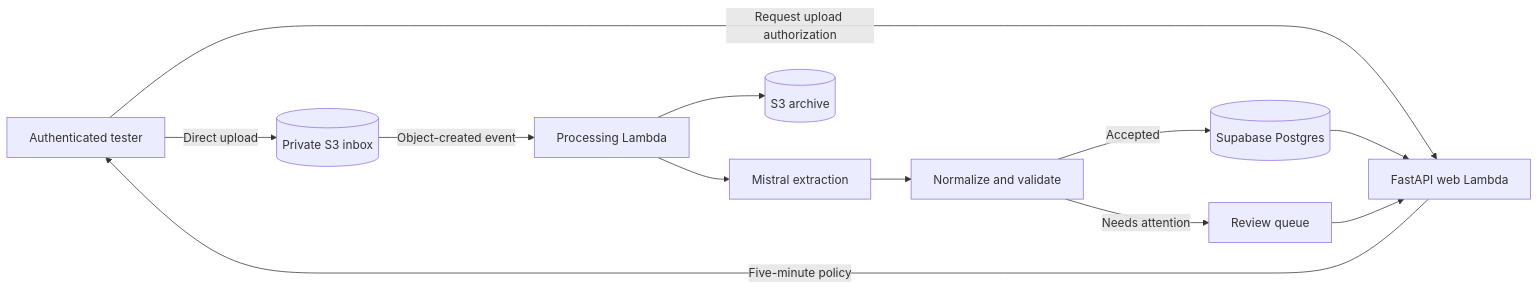
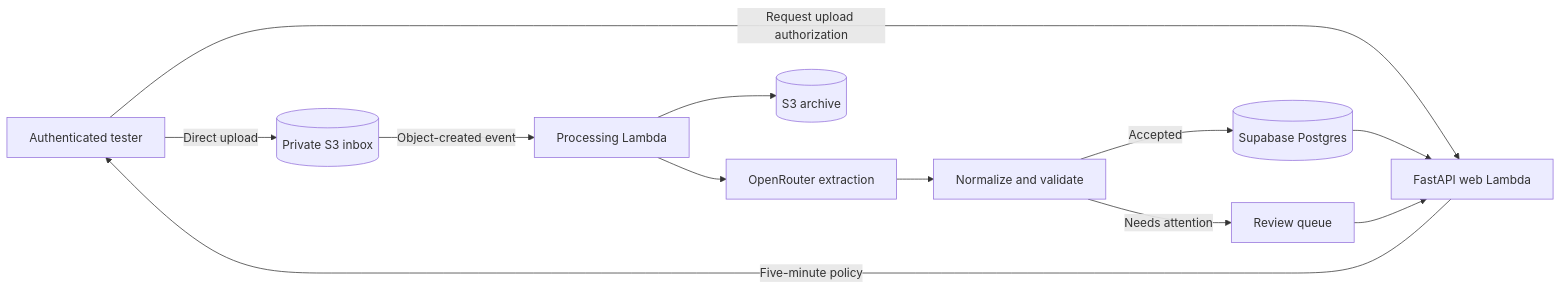
Before and after one commit to atikulmunna/visual-invoice-processor: the diagram in README.md, drawn with Mermaid. The commit also changed other lines of this file and 15 other files, not shown here.

First line of the commit message:
Use OpenRouter as the only extraction provider

````diff
--- a/README.md
+++ b/README.md
@@ -34,14 +34,14 @@
 ```mermaid
 flowchart LR
     USER[Authenticated tester] -->|Request upload authorization| WEB[FastAPI web Lambda]
     WEB -->|Five-minute policy| USER
     USER -->|Direct upload| INBOX[(Private S3 inbox)]
     INBOX -->|Object-created event| WORKER[Processing Lambda]
-    WORKER --> EXTRACT[Mistral extraction]
+    WORKER --> EXTRACT[OpenRouter extraction]
     EXTRACT --> NORMALIZE[Normalize and validate]
     NORMALIZE -->|Accepted| DB[(Supabase Postgres)]
     NORMALIZE -->|Needs attention| REVIEW[Review queue]
     WORKER --> ARCHIVE[(S3 archive)]
     DB --> WEB
     REVIEW --> WEB
 ```
````
